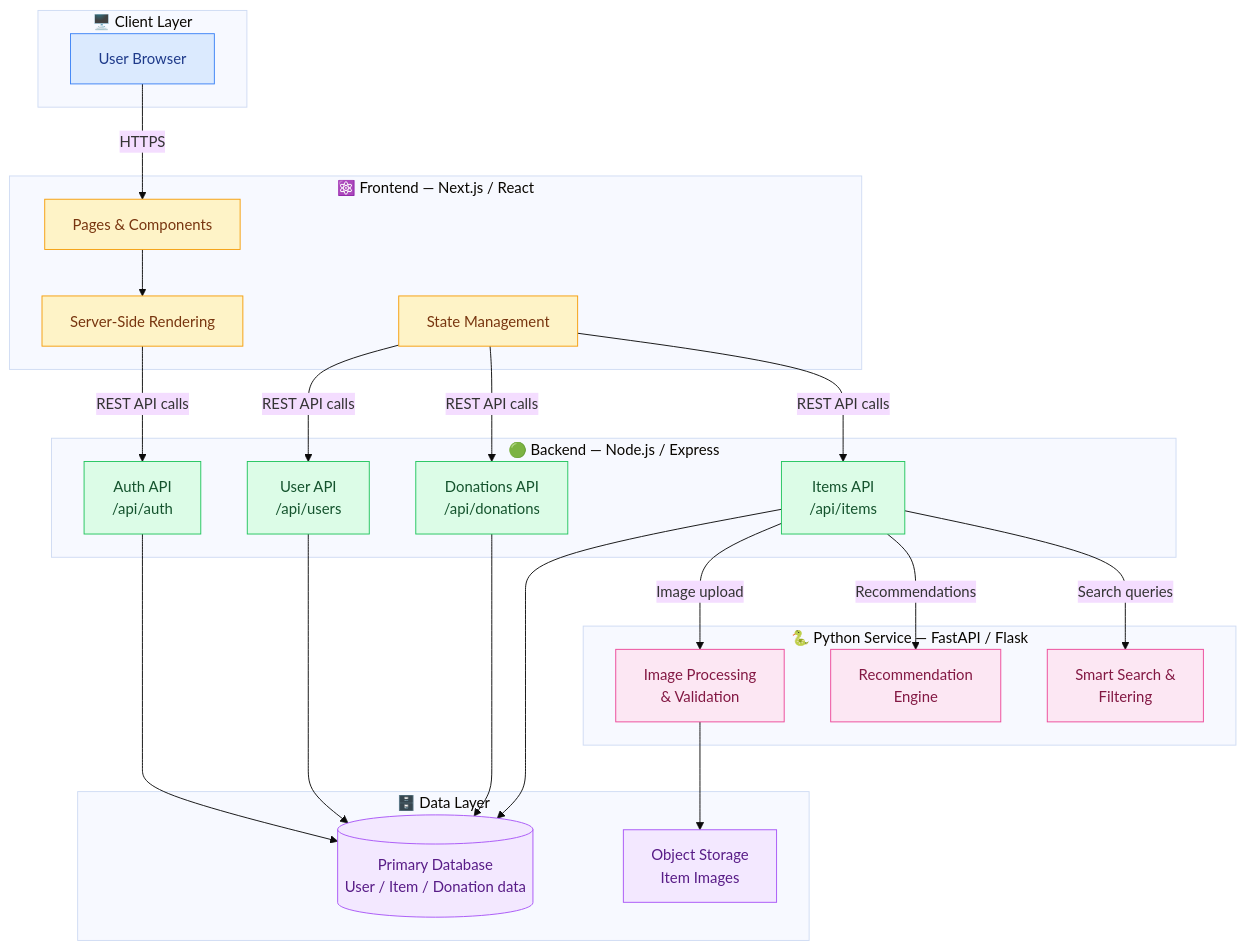
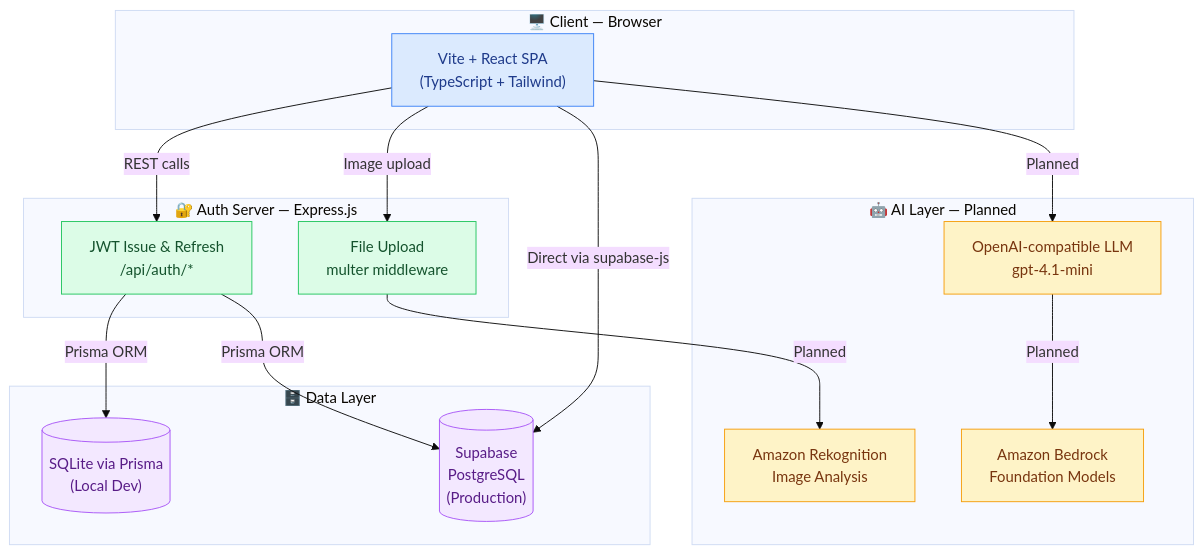
The diagram in README.md (CircuLink-DKU/CircuLink---WebDesign), drawn with Mermaid (base theme) before and after one commit. The commit also changed other lines of this file, not shown here.

Commit message:
docs: rewrite README with correct Vite/React/Supabase stack and AI features

````diff
--- a/README.md
+++ b/README.md
@@ -45,59 +46,41 @@
 ```mermaid
 graph TB
-    subgraph Client["🖥️ Client Layer"]
-        Browser["User Browser"]
+    subgraph Client["🖥️ Client — Browser"]
+        SPA["Vite + React SPA\n(TypeScript + Tailwind)"]
     end
 
-    subgraph Frontend["⚛️ Frontend — Next.js / React"]
-        Pages["Pages & Components"]
-        SSR["Server-Side Rendering"]
-        State["State Management"]
-    end
-
-    subgraph Backend["🟢 Backend — Node.js / Express"]
-        AuthAPI["Auth API\n/api/auth"]
-        ItemsAPI["Items API\n/api/items"]
-        DonationAPI["Donations API\n/api/donations"]
-        UserAPI["User API\n/api/users"]
-    end
-
-    subgraph Services["🐍 Python Service — FastAPI / Flask"]
-        Search["Smart Search &\nFiltering"]
-        Recommend["Recommendation\nEngine"]
-        ImageProc["Image Processing\n& Validation"]
+    subgraph Auth["🔐 Auth Server — Express.js"]
+        JWT["JWT Issue & Refresh\n/api/auth/*"]
+        Upload["File Upload\nmulter middleware"]
     end
 
     subgraph Data["🗄️ Data Layer"]
-        DB[("Primary Database\nUser / Item / Donation data")]
-        Storage["Object Storage\nItem Images"]
+        Supabase[("Supabase\nPostgreSQL\n(Production)")]
+        SQLite[("SQLite via Prisma\n(Local Dev)")]
     end
 
-    Browser -->|"HTTPS"| Pages
-    Pages --> SSR
-    SSR -->|"REST API calls"| AuthAPI
-    State -->|"REST API calls"| ItemsAPI
-    State -->|"REST API calls"| DonationAPI
-    State -->|"REST API calls"| UserAPI
+    subgraph AI["🤖 AI Layer — Planned"]
+        LLM["OpenAI-compatible LLM\ngpt-4.1-mini"]
+        Rekognition["Amazon Rekognition\nImage Analysis"]
+        Bedrock["Amazon Bedrock\nFoundation Models"]
+    end
 
-    ItemsAPI -->|"Search queries"| Search
-    ItemsAPI -->|"Recommendations"| Recommend
-    ItemsAPI -->|"Image upload"| ImageProc
-
-    AuthAPI --> DB
-    ItemsAPI --> DB
-    DonationAPI --> DB
-    UserAPI --> DB
-    ImageProc --> Storage
+    SPA -->|"REST calls"| JWT
+    SPA -->|"Image upload"| Upload
+    SPA -->|"Direct via supabase-js"| Supabase
+    JWT -->|"Prisma ORM"| SQLite
+    JWT -->|"Prisma ORM"| Supabase
+    Upload -->|"Planned"| Rekognition
+    SPA -->|"Planned"| LLM
+    LLM -->|"Planned"| Bedrock
 
     classDef clientStyle fill:#dbeafe,stroke:#3b82f6,color:#1e3a8a
-    classDef frontendStyle fill:#fef3c7,stroke:#f59e0b,color:#78350f
-    classDef backendStyle fill:#dcfce7,stroke:#22c55e,color:#14532d
-    classDef serviceStyle fill:#fce7f3,stroke:#ec4899,color:#831843
+    classDef authStyle fill:#dcfce7,stroke:#22c55e,color:#14532d
     classDef dataStyle fill:#f3e8ff,stroke:#a855f7,color:#581c87
+    classDef aiStyle fill:#fef3c7,stroke:#f59e0b,color:#78350f
 
-    class Browser clientStyle
-    class Pages,SSR,State frontendStyle
-    class AuthAPI,ItemsAPI,DonationAPI,UserAPI backendStyle
-    class Search,Recommend,ImageProc serviceStyle
-    class DB,Storage dataStyle
+    class SPA clientStyle
+    class JWT,Upload authStyle
+    class Supabase,SQLite dataStyle
+    class LLM,Rekognition,Bedrock aiStyle
 ```
````
